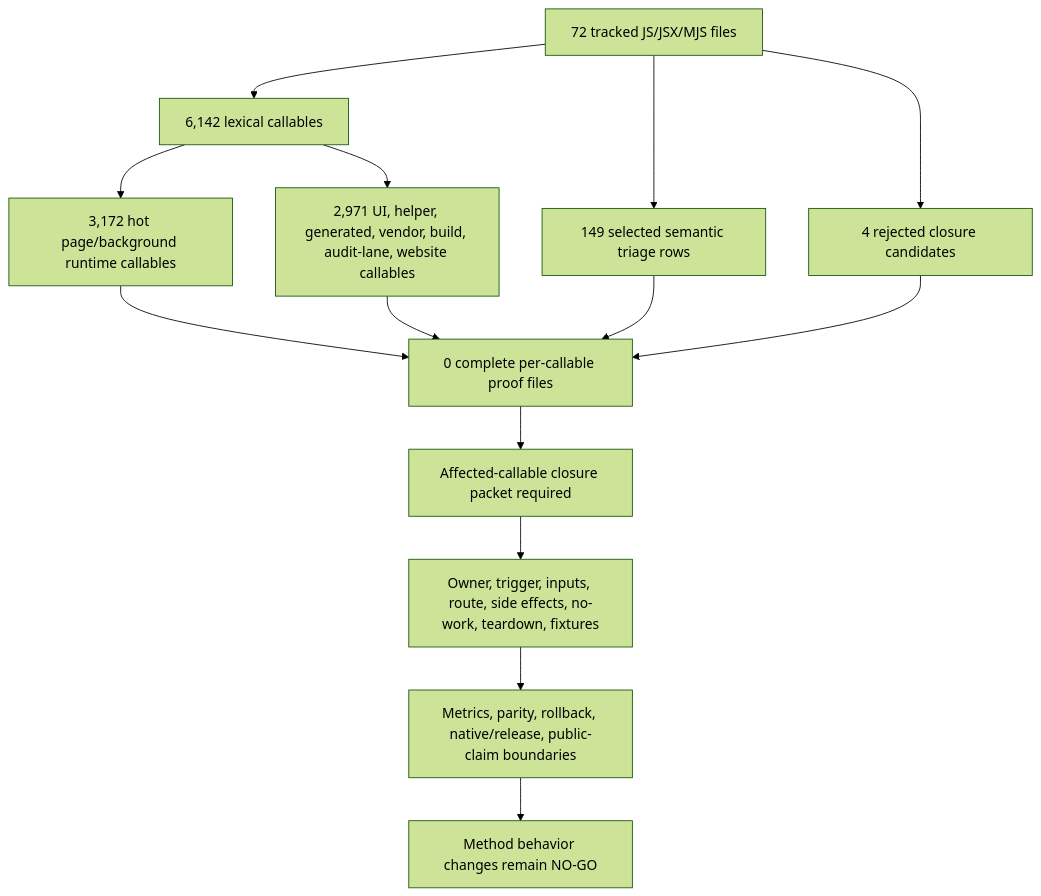
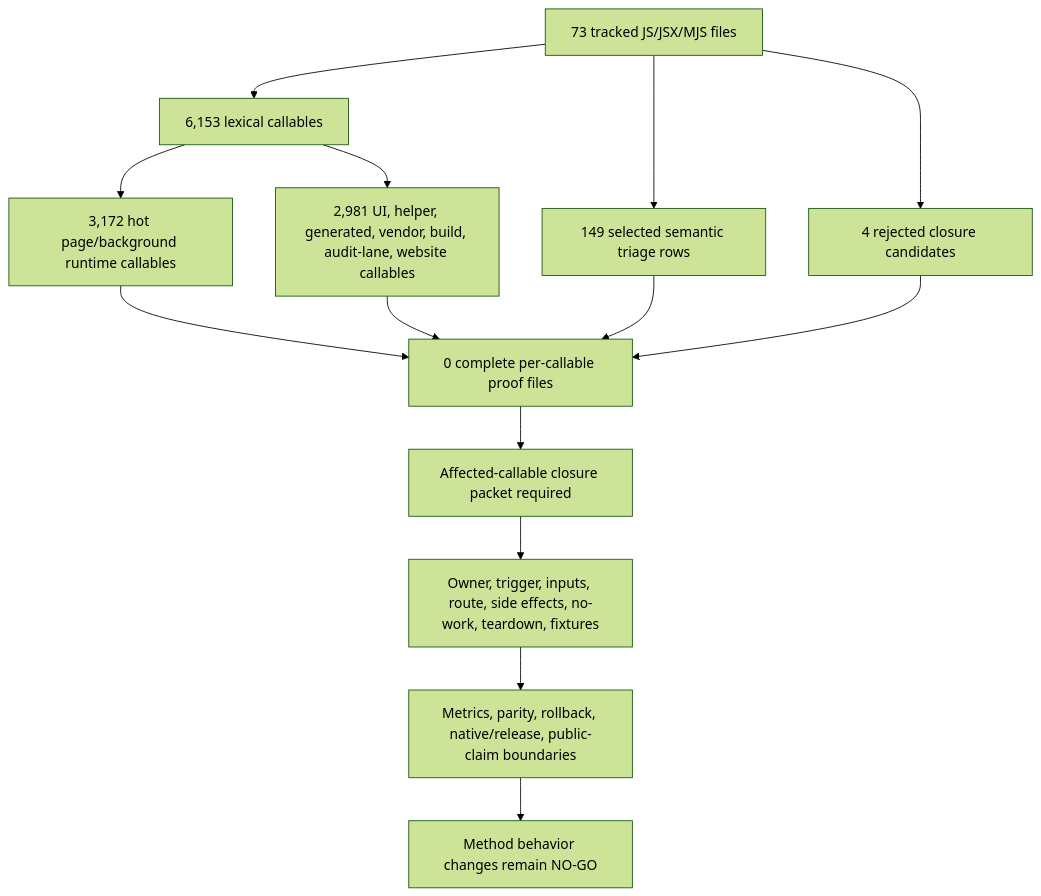
The first of 2 diagrams in docs/audit/FILTERTUBE_METHOD_SEMANTIC_PROOF_GAP_INDEX_CURRENT_BEHAVIOR_2026-05-25.md (varshneydevansh/FilterTube), drawn with Mermaid (forest theme) before and after one commit. The commit also changed other lines of this file and 71 other files, not shown here.

````diff
--- a/docs/audit/FILTERTUBE_METHOD_SEMANTIC_PROOF_GAP_INDEX_CURRENT_BEHAVIOR_2026-05-25.md
+++ b/docs/audit/FILTERTUBE_METHOD_SEMANTIC_PROOF_GAP_INDEX_CURRENT_BEHAVIOR_2026-05-25.md
@@ -147,16 +147,16 @@
 ```mermaid
 flowchart TD
-  A["72 tracked JS/JSX/MJS files"] --> B["6,142 lexical callables"]
+  A["73 tracked JS/JSX/MJS files"] --> B["6,153 lexical callables"]
   B --> C["3,172 hot page/background runtime callables"]
-  B --> D["2,971 UI, helper, generated, vendor, build, audit-lane, website callables"]
+  B --> D["2,981 UI, helper, generated, vendor, build, audit-lane, website callables"]
   A --> E["149 selected semantic triage rows"]
   A --> F["4 rejected closure candidates"]
   C --> G["0 complete per-callable proof files"]
   D --> G
   E --> G
   F --> G
   G --> H["Affected-callable closure packet required"]
   H --> I["Owner, trigger, inputs, route, side effects, no-work, teardown, fixtures"]
   I --> J["Metrics, parity, rollback, native/release, public-claim boundaries"]
   J --> K["Method behavior changes remain NO-GO"]
 ```
````
